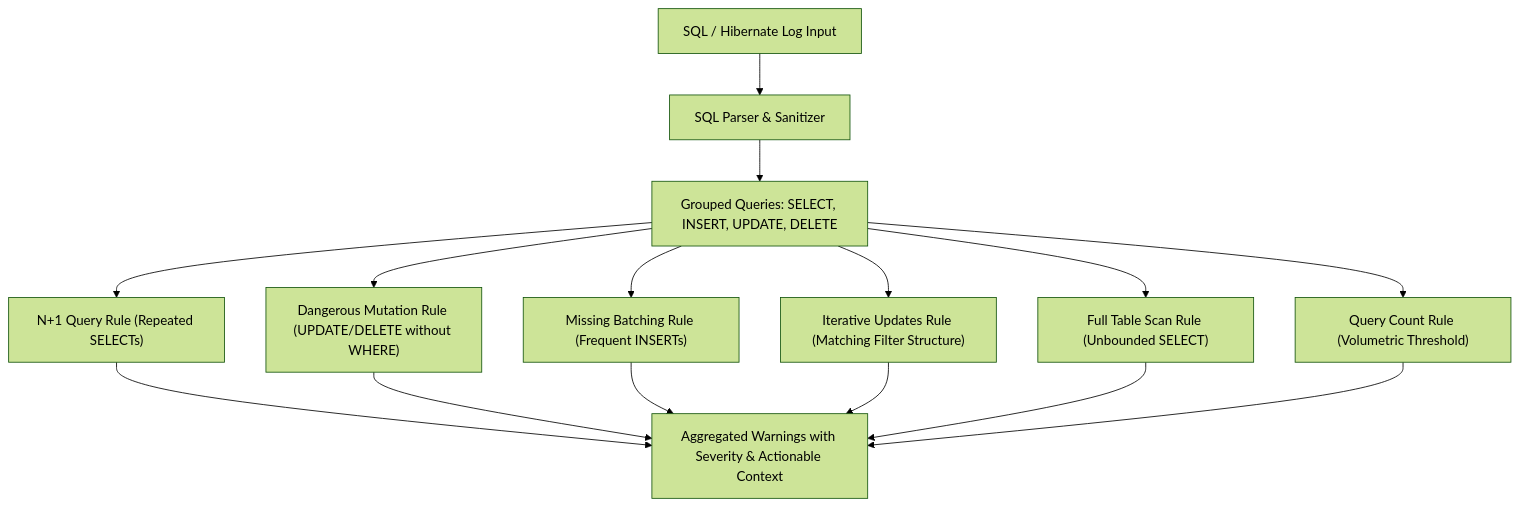
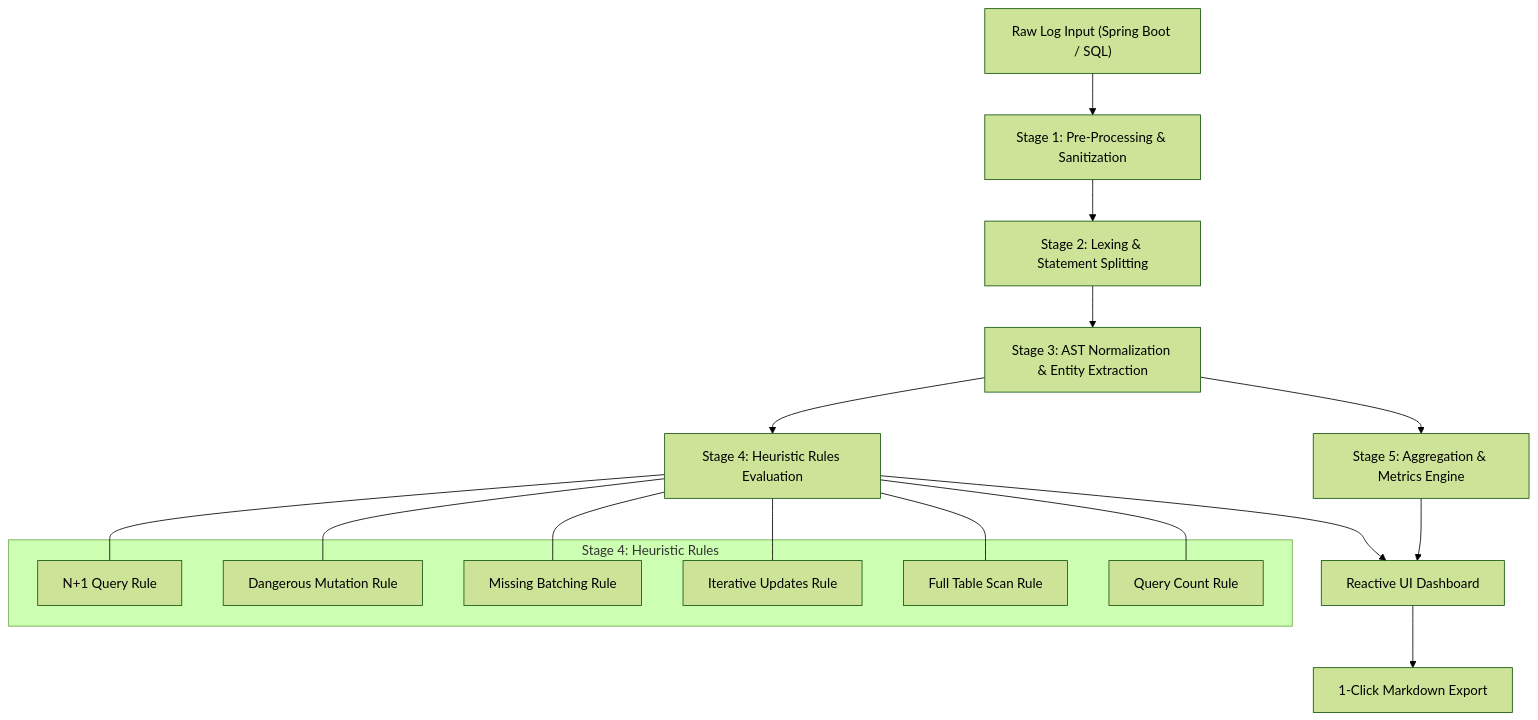
The diagram in README.md (melina-danhier/sql-analyzer), drawn with Mermaid (forest theme) before and after one commit. The commit also changed other lines of this file and 6 other files, not shown here.

First line of the commit message:
docs: enhance portfolio presentation, add realistic incident scenario, and document architecture

````diff
--- a/README.md
+++ b/README.md
@@ -58,19 +74,21 @@
 ```mermaid
 flowchart TD
-    Log[SQL / Hibernate Log Input] --> Parser[SQL Parser & Sanitizer]
-    Parser --> Grouped[Grouped Queries: SELECT, INSERT, UPDATE, DELETE]
-    
-    Grouped --> R1["N+1 Query Rule (Repeated SELECTs)"]
-    Grouped --> R2["Dangerous Mutation Rule (UPDATE/DELETE without WHERE)"]
-    Grouped --> R3["Missing Batching Rule (Frequent INSERTs)"]
-    Grouped --> R4["Iterative Updates Rule (Matching Filter Structure)"]
-    Grouped --> R5["Full Table Scan Rule (Unbounded SELECT)"]
-    Grouped --> R6["Query Count Rule (Volumetric Threshold)"]
-    
-    R1 --> Output[Aggregated Warnings with Severity & Actionable Context]
-    R2 --> Output
-    R3 --> Output
-    R4 --> Output
-    R5 --> Output
-    R6 --> Output
+    A["Raw Log Input (Spring Boot / SQL)"] --> B["Stage 1: Pre-Processing & Sanitization"]
+    B --> C["Stage 2: Lexing & Statement Splitting"]
+    C --> D["Stage 3: AST Normalization & Entity Extraction"]
+    D --> E["Stage 4: Heuristic Rules Evaluation"]
+    D --> F["Stage 5: Aggregation & Metrics Engine"]
+    E --> G["Reactive UI Dashboard"]
+    F --> G
+    G --> H["1-Click Markdown Export"]
+
+    subgraph "Stage 4: Heuristic Rules"
+        R1["N+1 Query Rule"]
+        R2["Dangerous Mutation Rule"]
+        R3["Missing Batching Rule"]
+        R4["Iterative Updates Rule"]
+        R5["Full Table Scan Rule"]
+        R6["Query Count Rule"]
+    end
+    E --- R1 & R2 & R3 & R4 & R5 & R6
 ```
````
